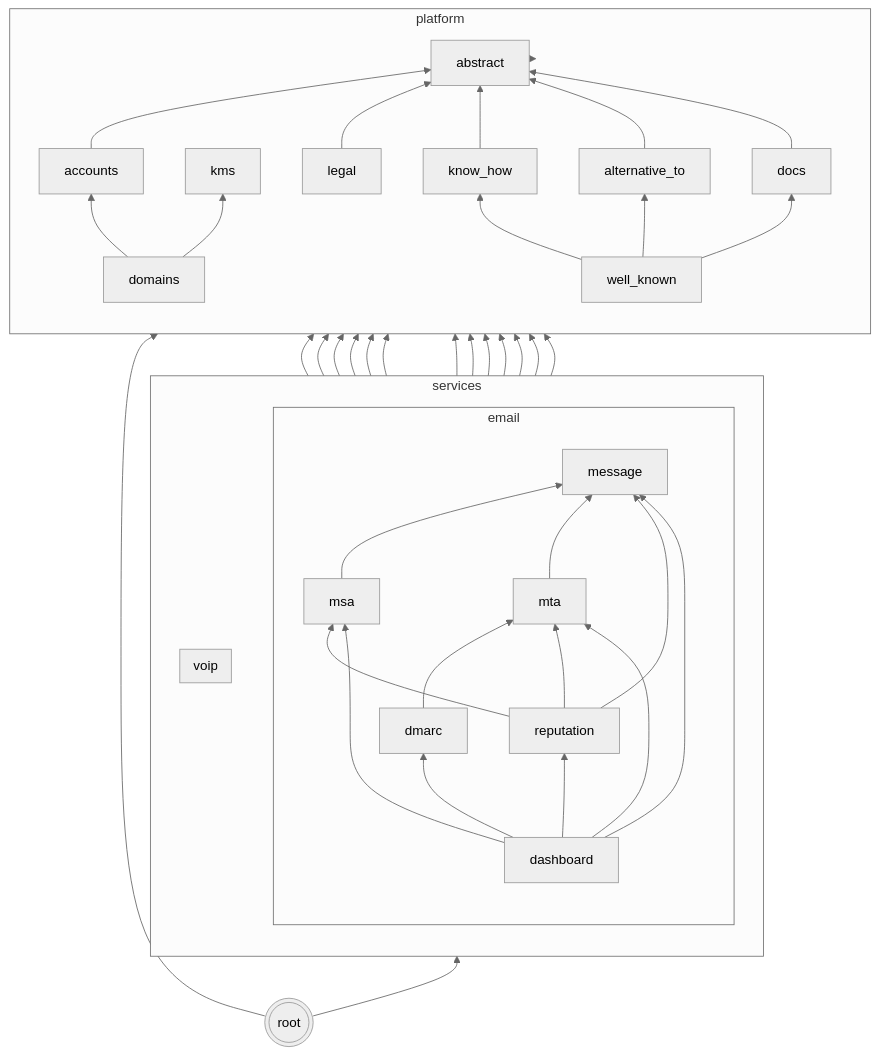
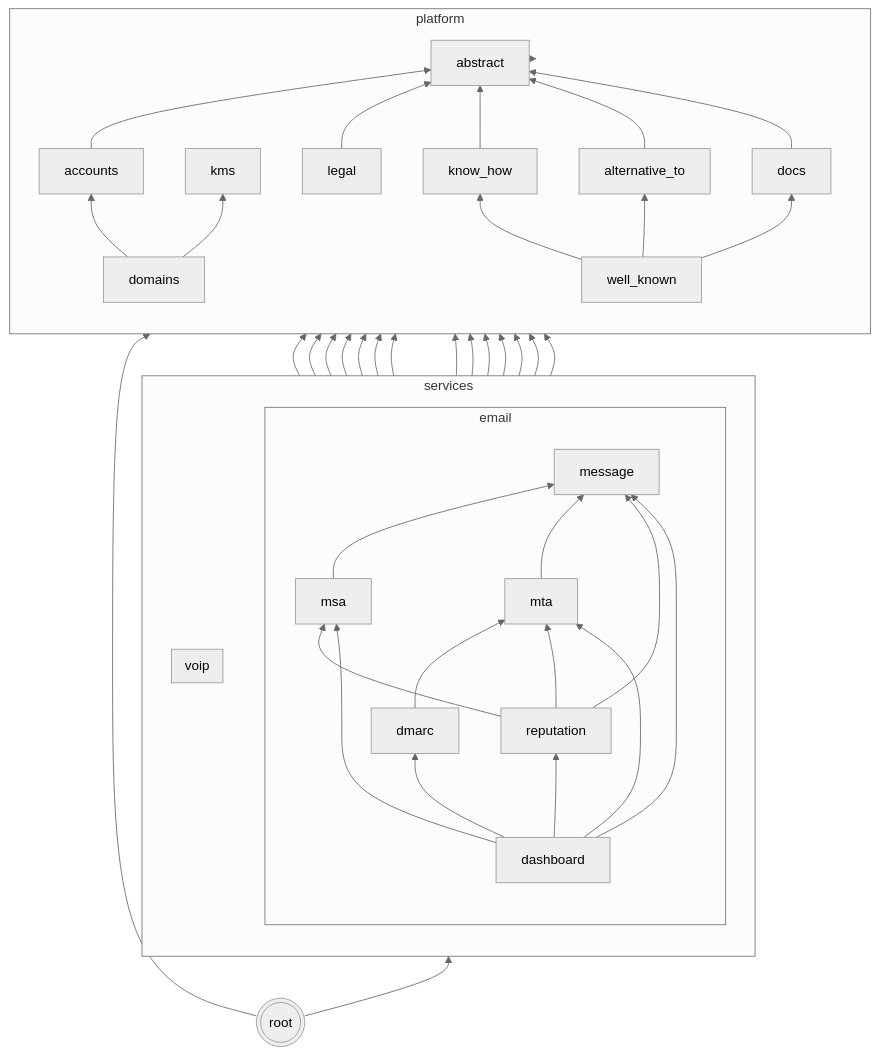
The second of 2 diagrams in README.md (codingjoe/relay), drawn with Mermaid (neutral theme) before and after one commit. The commit also changed 17 other files, not shown here.

````diff
--- a/README.md
+++ b/README.md
@@ -194,68 +194,69 @@
 ```mermaid
 graph BT
  abstract[abstract];
  kms[kms];
  subgraph platform
  direction BT
  accounts
  domains
  know_how[know_how]
  alternative_to[alternative_to]
  docs
  legal
  well_known[well_known]
  domains --> accounts
  accounts --> abstract
  domains --> kms
  legal --> abstract
  know_how --> abstract
  alternative_to --> abstract
  docs --> abstract
  well_known --> know_how
  well_known --> alternative_to
  well_known --> docs
  end
  subgraph services
  direction BT
  subgraph email
  direction BT
  dashboard[dashboard]
  message[message]
  msa
  mta
  dmarc
  reputation
  message --> accounts
  message --> domains
+ message --> kms
  msa --> message
  msa --> accounts
  msa --> domains
  msa --> kms
  mta --> message
  mta --> accounts
  mta --> domains
  mta --> kms
  dmarc --> accounts
  dmarc --> domains
  dmarc --> mta
  reputation --> mta
  reputation --> message
  reputation --> domains
  reputation --> accounts
  reputation --> msa
  dashboard --> message
  dashboard --> msa
  dashboard --> mta
  dashboard --> dmarc
  dashboard --> reputation
  end
  subgraph voip
  direction BT
  end
  end
  services --> platform;
  platform --> abstract;
  root --> services;
  root --> platform;
  root(((root)))
 ```
````
